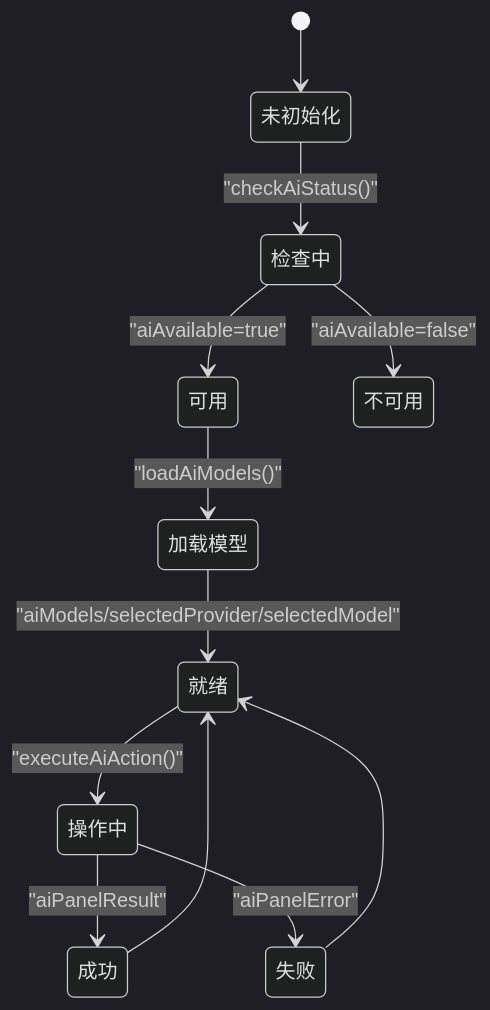
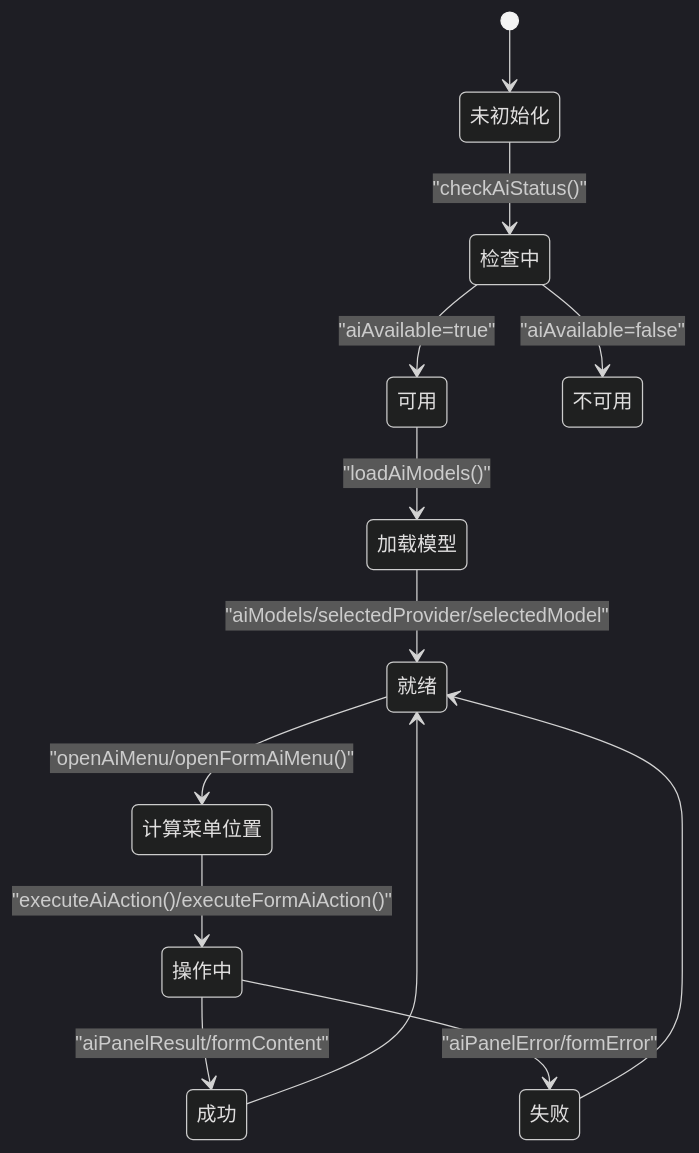
One commit to BlackBoxRecorder/memos changed the seventh of 9 diagrams in .qoder/repowiki/zh/content/前端应用/Admin管理界面/AI工具箱集成.md. Above: the diagram before and after it, drawn with Mermaid (dark theme). The commit also changed other lines of this file and 30 other files, not shown here.

````diff
--- a/.qoder/repowiki/zh/content/前端应用/Admin管理界面/AI工具箱集成.md
+++ b/.qoder/repowiki/zh/content/前端应用/Admin管理界面/AI工具箱集成.md
@@ -269,14 +293,15 @@
 ```mermaid
 stateDiagram-v2
 [*] --> 未初始化
 未初始化 --> 检查中 : "checkAiStatus()"
 检查中 --> 可用 : "aiAvailable=true"
 检查中 --> 不可用 : "aiAvailable=false"
 可用 --> 加载模型 : "loadAiModels()"
 加载模型 --> 就绪 : "aiModels/selectedProvider/selectedModel"
-就绪 --> 操作中 : "executeAiAction()"
-操作中 --> 成功 : "aiPanelResult"
-操作中 --> 失败 : "aiPanelError"
+就绪 --> 计算菜单位置 : "openAiMenu/openFormAiMenu()"
+计算菜单位置 --> 操作中 : "executeAiAction()/executeFormAiAction()"
+操作中 --> 成功 : "aiPanelResult/formContent"
+操作中 --> 失败 : "aiPanelError/formError"
 成功 --> 就绪
 失败 --> 就绪
 ```
````
